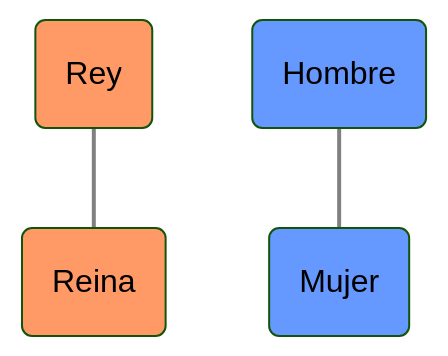
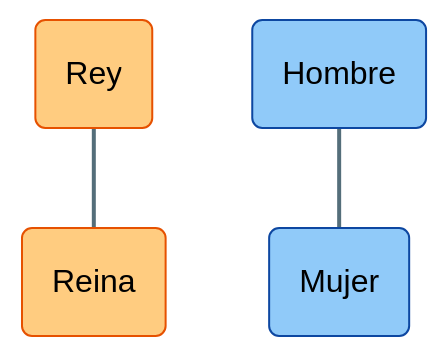
The fourth of 4 diagrams in clase_nlp_conceptos.md (rvergaraa/nlp-practic-course), drawn with Mermaid (forest theme) before and after one commit. The commit also changed other lines of this file, not shown here.

Commit message:
Update Mermaid diagram styles for clarity
Changed fill and stroke colors in Mermaid diagrams to improve visual distinction and readability in NLP concept explanations.

````diff
--- a/clase_nlp_conceptos.md
+++ b/clase_nlp_conceptos.md
@@ -138,11 +138,11 @@
 ```mermaid
 graph TD
     A(Rey) --- B(Reina)
     C(Hombre) --- D(Mujer)
-    style A fill:#f96
-    style B fill:#f96
-    style C fill:#69f
-    style D fill:#69f
-    linkStyle 0 stroke-width:2px,fill:none,stroke:gray
-    linkStyle 1 stroke-width:2px,fill:none,stroke:gray
+    style A fill:#ffcc80,stroke:#e65100
+    style B fill:#ffcc80,stroke:#e65100
+    style C fill:#90caf9,stroke:#0d47a1
+    style D fill:#90caf9,stroke:#0d47a1
+    linkStyle 0 stroke-width:2px,fill:none,stroke:#546e7a
+    linkStyle 1 stroke-width:2px,fill:none,stroke:#546e7a
 ```
````
